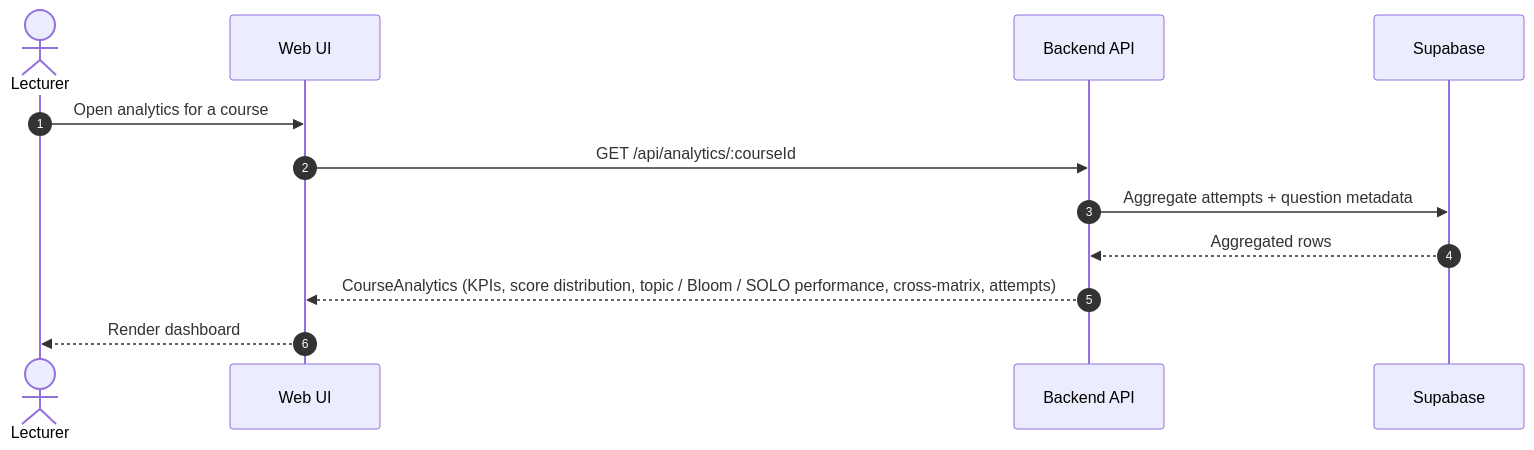
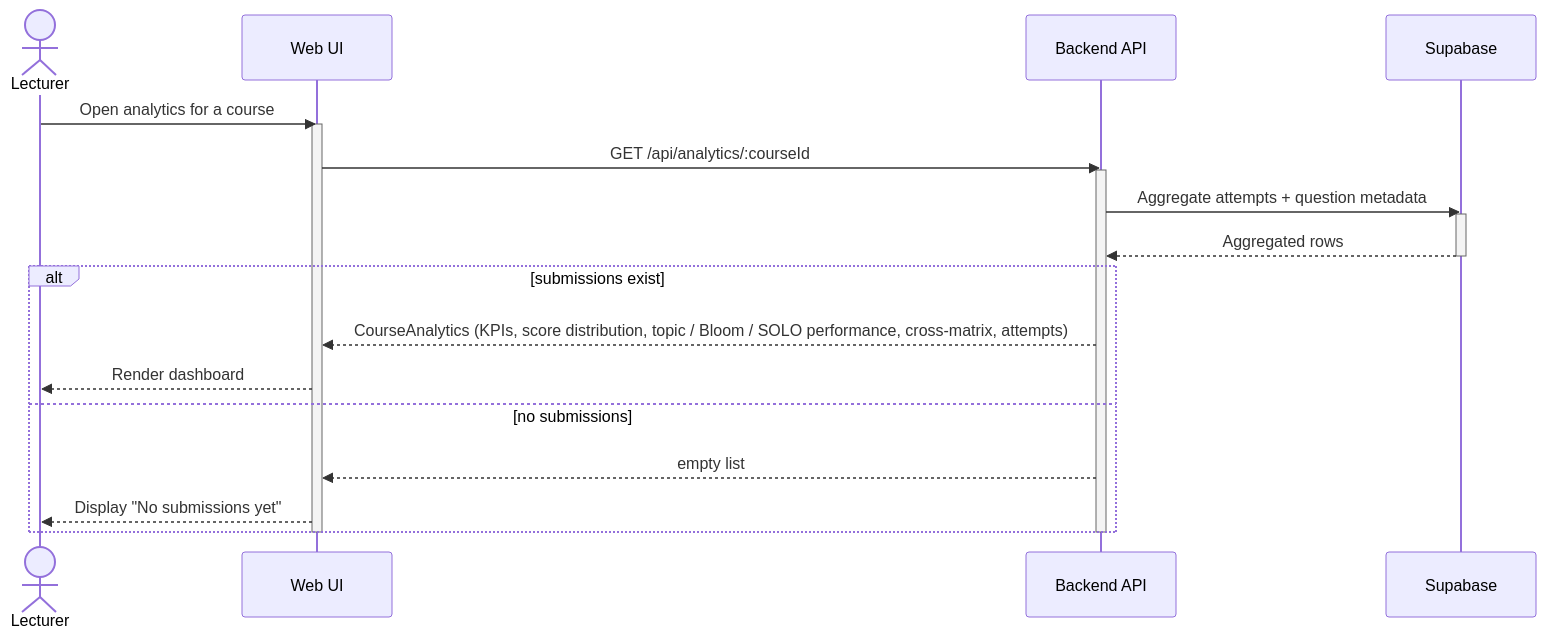
One commit to aree6/Quizify changed the diagram in documents_psm2/diagrams_source/SRS/mermaid/uc005_view_simple_analytics_uml.mmd. Above: the diagram before and after it, drawn with Mermaid. The commit also changed 3 other files, not shown here.

```diff
--- a/documents_psm2/diagrams_source/SRS/mermaid/uc005_view_simple_analytics_uml.mmd
+++ b/documents_psm2/diagrams_source/SRS/mermaid/uc005_view_simple_analytics_uml.mmd
@@ -1,13 +1,24 @@
 sequenceDiagram
-  autonumber
   actor L as Lecturer
   participant UI as Web UI
   participant API as Backend API
   participant DB as Supabase
 
   L->>UI: Open analytics for a course
+  activate UI
   UI->>API: GET /api/analytics/:courseId
+  activate API
   API->>DB: Aggregate attempts + question metadata
+  activate DB
   DB-->>API: Aggregated rows
-  API-->>UI: CourseAnalytics (KPIs, score distribution, topic / Bloom / SOLO performance, cross-matrix, attempts)
-  UI-->>L: Render dashboard
+  deactivate DB
+
+  alt submissions exist
+    API-->>UI: CourseAnalytics (KPIs, score distribution, topic / Bloom / SOLO performance, cross-matrix, attempts)
+    UI-->>L: Render dashboard
+  else no submissions
+    API-->>UI: empty list
+    UI-->>L: Display "No submissions yet"
+  end
+  deactivate API
+  deactivate UI
```
